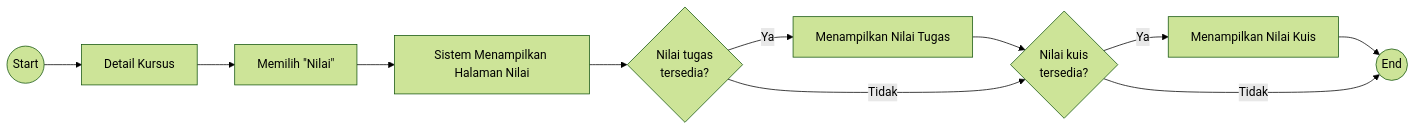
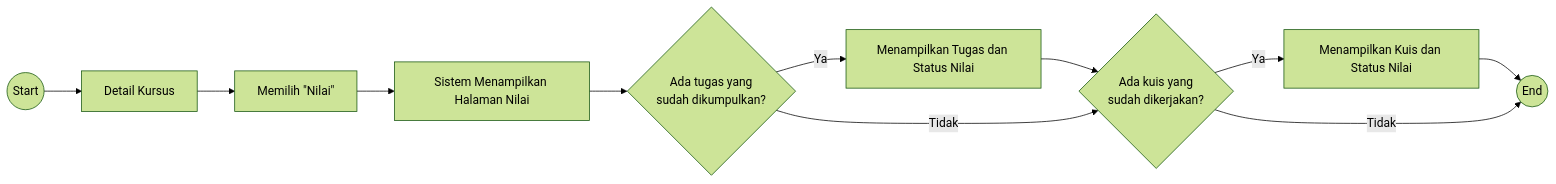
One commit to SENNES-SN/E-Learning_Lite changed the diagram in docs/User_Flow/UF-08 Melihat Nilai.md. Above: the diagram before and after it, drawn with Mermaid (forest theme). The commit also changed other lines of this file and 4 other files, not shown here.

Commit message:
feat: Update grading display logic to show only submitted assignments and quizzes with appropriate status messages

````diff
--- a/docs/User_Flow/UF-08 Melihat Nilai.md
+++ b/docs/User_Flow/UF-08 Melihat Nilai.md
@@ -17,17 +17,17 @@
 ```mermaid
 flowchart LR
     start((Start)) --> courseDetail[Detail Kursus]
     courseDetail --> chooseGrade["Memilih &quot;Nilai&quot;"]
     chooseGrade --> gradePage[Sistem Menampilkan Halaman Nilai]
-    gradePage --> taskGradeAvailable{Nilai tugas<br/>tersedia?}
+    gradePage --> taskGradeAvailable{Ada tugas yang<br/>sudah dikumpulkan?}
 
-    taskGradeAvailable -- Ya --> showTaskGrade[Menampilkan Nilai Tugas]
-    showTaskGrade --> quizGradeAvailable{Nilai kuis<br/>tersedia?}
+    taskGradeAvailable -- Ya --> showTaskGrade[Menampilkan Tugas dan Status Nilai]
+    showTaskGrade --> quizGradeAvailable{Ada kuis yang<br/>sudah dikerjakan?}
 
     taskGradeAvailable -- Tidak --> quizGradeAvailable
 
-    quizGradeAvailable -- Ya --> showQuizGrade[Menampilkan Nilai Kuis]
+    quizGradeAvailable -- Ya --> showQuizGrade[Menampilkan Kuis dan Status Nilai]
     showQuizGrade --> finish((End))
 
     quizGradeAvailable -- Tidak --> finish
 ```
````
